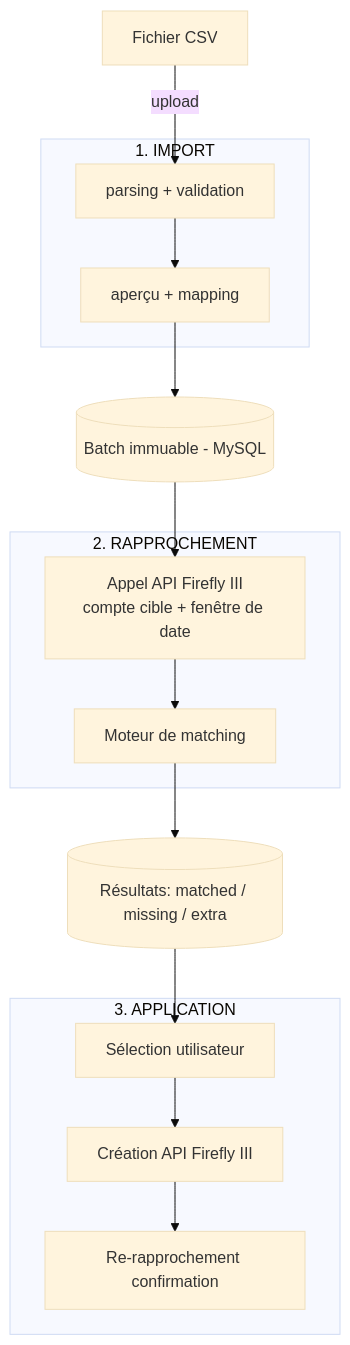
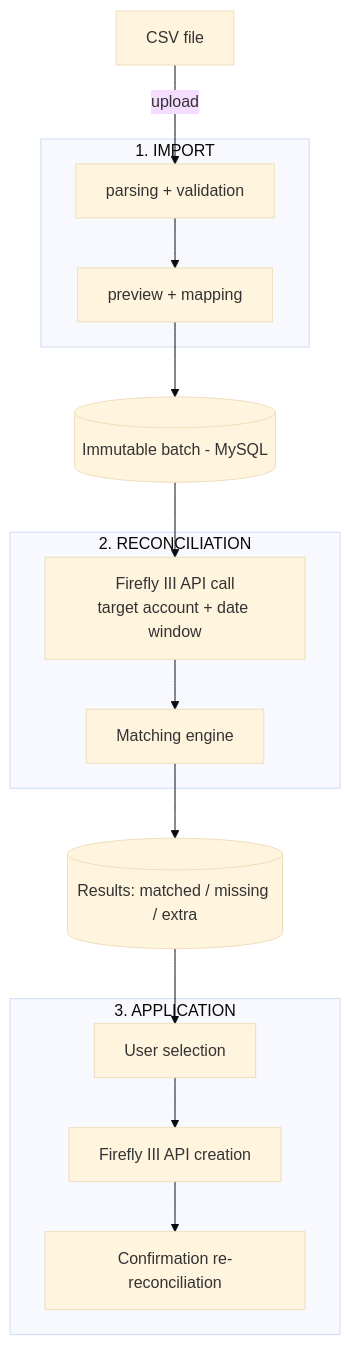
The diagram in docs/prd/2026-08-14-prd-rapprochement-bancaire.md (eldelahoz/firefly-manager-movement), drawn with Mermaid (base theme) before and after one commit. The commit also changed other lines of this file and 1 other file, not shown here.

````diff
--- a/docs/prd/2026-08-14-prd-rapprochement-bancaire.md
+++ b/docs/prd/2026-08-14-prd-rapprochement-bancaire.md
@@ -75,18 +77,18 @@
 ```mermaid
 flowchart TD
-    A[Fichier CSV] -->|upload| B
+    A[CSV file] -->|upload| B
     subgraph S1[1. IMPORT]
-        B[parsing + validation] --> C[aperçu + mapping]
+        B[parsing + validation] --> C[preview + mapping]
     end
-    C --> D[(Batch immuable - MySQL)]
+    C --> D[(Immutable batch - MySQL)]
     D --> E
-    subgraph S2[2. RAPPROCHEMENT]
-        E[Appel API Firefly III<br/>compte cible + fenêtre de date] --> F[Moteur de matching]
+    subgraph S2[2. RECONCILIATION]
+        E[Firefly III API call<br/>target account + date window] --> F[Matching engine]
     end
-    F --> G[(Résultats: matched / missing / extra)]
+    F --> G[(Results: matched / missing / extra)]
     G --> H
     subgraph S3[3. APPLICATION]
-        H[Sélection utilisateur] --> I[Création API Firefly III]
-        I --> J[Re-rapprochement confirmation]
+        H[User selection] --> I[Firefly III API creation]
+        I --> J[Confirmation re-reconciliation]
     end
 ```
````
